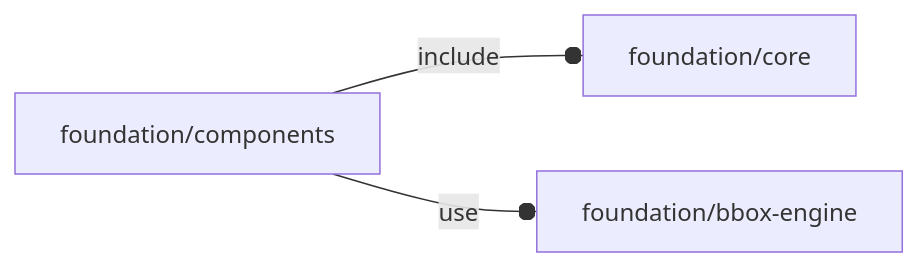
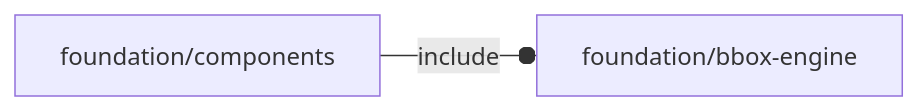
Before and after one commit to ggabbiani/OFL: the diagram in orthodocs/foundation/components.md, drawn with Mermaid. The commit also changed 26 other files, not shown here.

````diff
--- a/orthodocs/foundation/components.md
+++ b/orthodocs/foundation/components.md
@@ -5,5 +5,4 @@
 ```mermaid
 graph LR
-    A1[foundation/components] --o|include| A2[foundation/core]
-    A1 --o|use| A3[foundation/bbox-engine]
+    A1[foundation/components] --o|include| A2[foundation/bbox-engine]
 ```
````
